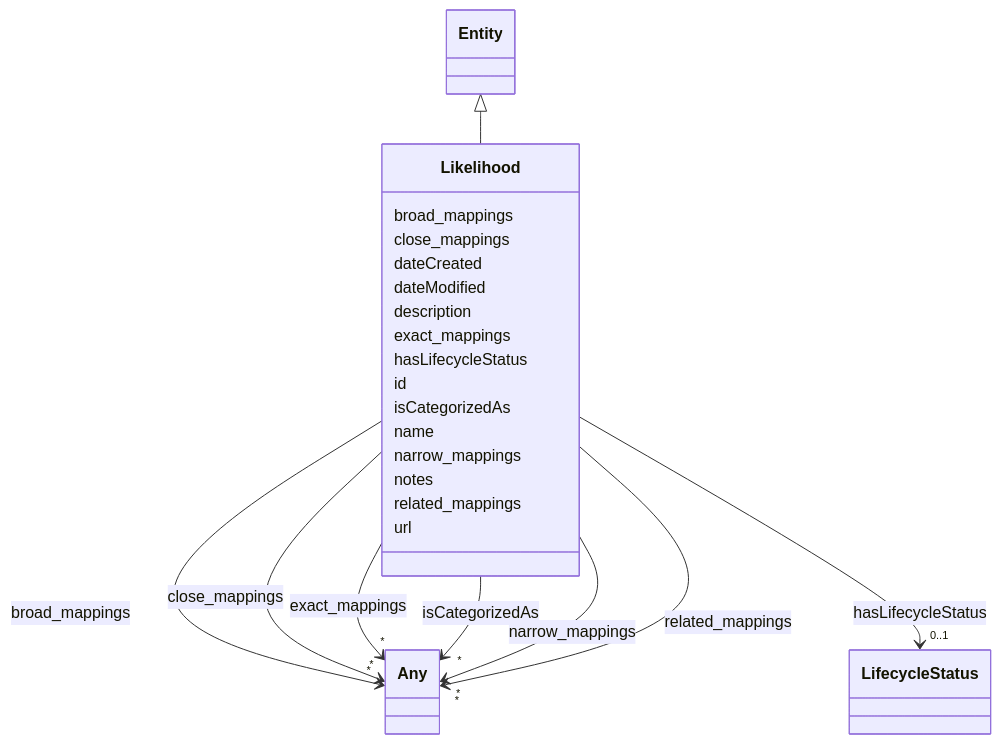
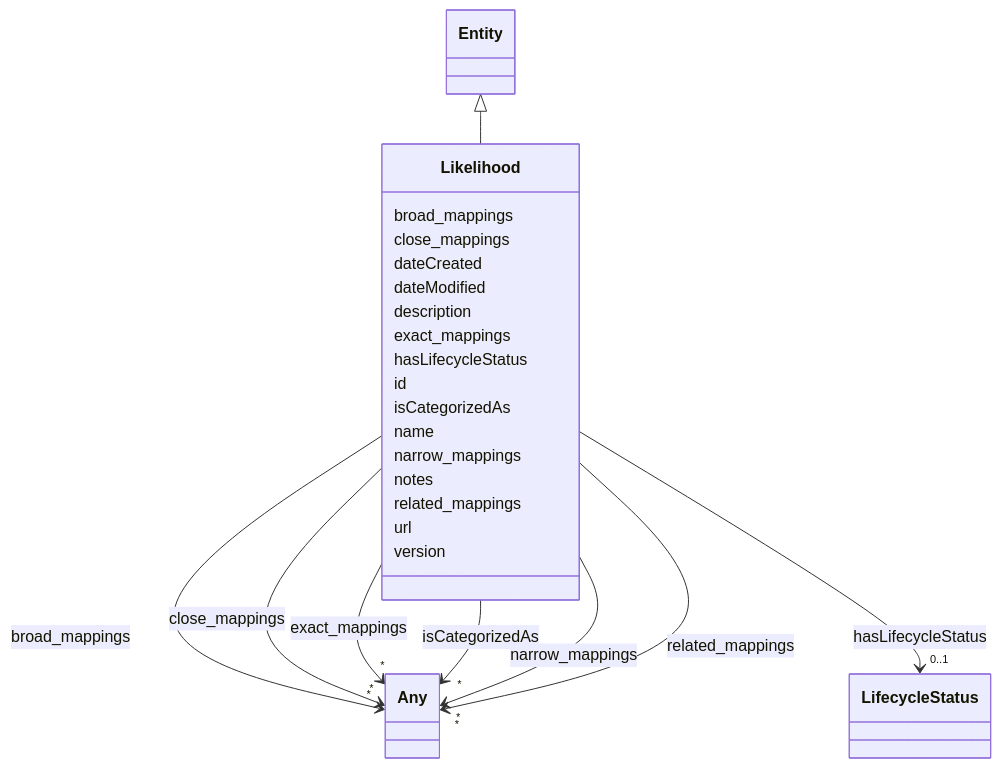
The diagram in docs/ontology/Likelihood.md (IBM/ai-atlas-nexus), drawn with Mermaid before and after one commit. The commit also changed other lines of this file and 101 other files, not shown here.

````diff
--- a/docs/ontology/Likelihood.md
+++ b/docs/ontology/Likelihood.md
@@ -107,5 +107,7 @@
 
       Likelihood : url
 
+      Likelihood : version
+
 
 ```
````
